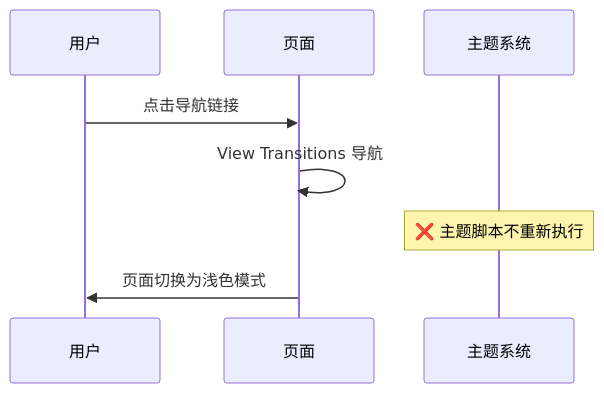
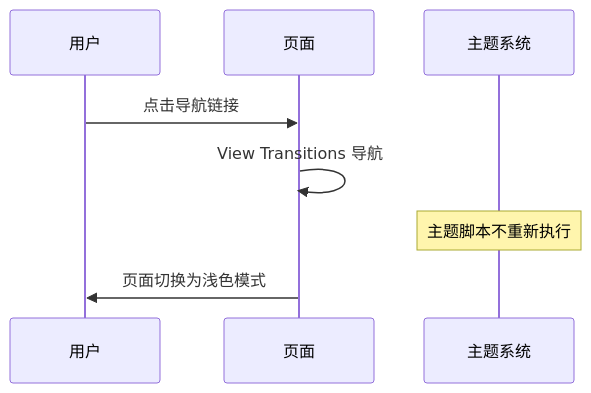
Before and after one commit to LogicShao/Misaka-Net-Blog: the fourth of 17 diagrams in src/content/blog/25-11-25-20-00.md, drawn with Mermaid. The commit also changed other lines of this file and 10 other files, not shown here.

Commit message:
Optimize Mermaid rendering; implement lazy loading and rendering queue to improve performance and prevent blocking

````diff
--- a/src/content/blog/25-11-25-20-00.md
+++ b/src/content/blog/25-11-25-20-00.md
@@ -96,11 +96,11 @@
 ```mermaid
 sequenceDiagram
     participant U as 用户
     participant P as 页面
     participant T as 主题系统
 
     U->>P: 点击导航链接
     P->>P: View Transitions 导航
-    Note over T: ❌ 主题脚本不重新执行
+    Note over T: 主题脚本不重新执行
     P->>U: 页面切换为浅色模式
 ```
````
